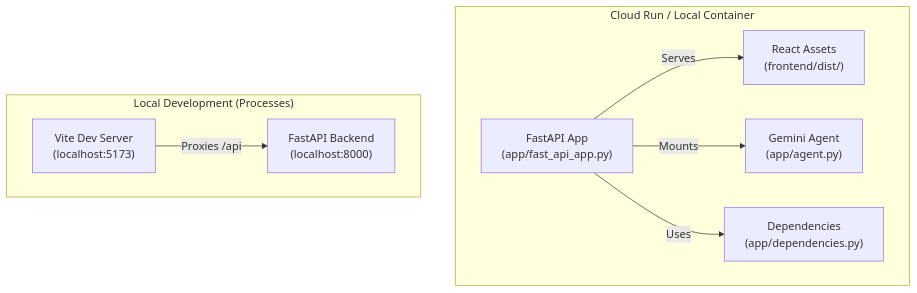
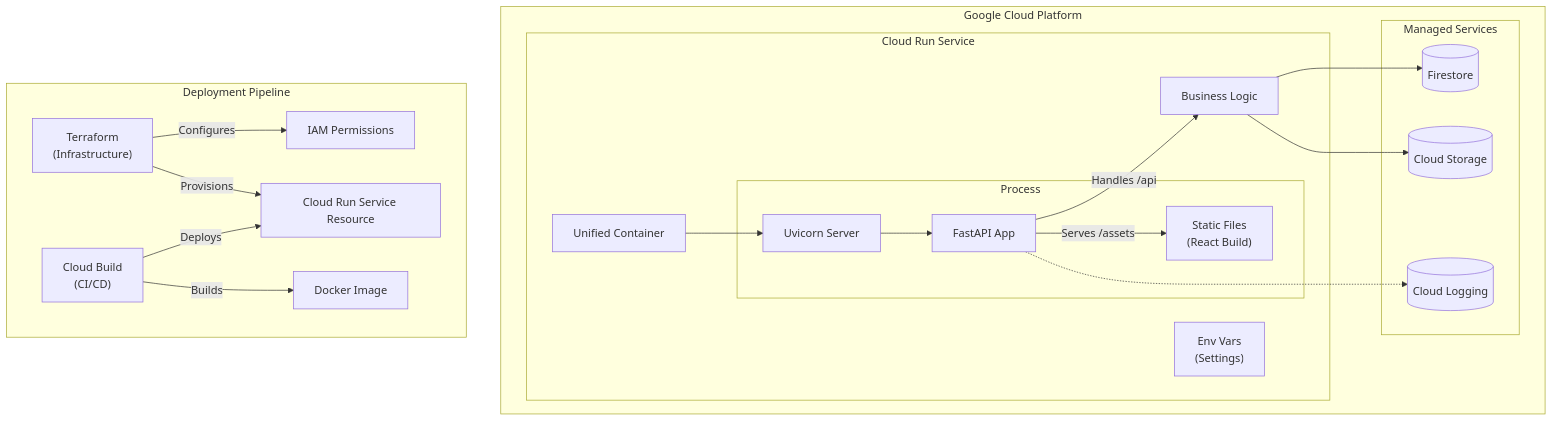
The second of 2 diagrams in docs/design-and-walkthrough.md (derailed-dash/dazbo-portfolio), drawn with Mermaid before and after one commit. The commit also changed other lines of this file and 1 other file, not shown here.

````diff
--- a/docs/design-and-walkthrough.md
+++ b/docs/design-and-walkthrough.md
@@ -228,20 +273,41 @@
 ```mermaid
 graph TD
-    subgraph "Cloud Run / Local Container"
-        API["FastAPI App<br/>(app/fast_api_app.py)"]
-        Frontend["React Assets<br/>(frontend/dist/)"]
-        Agent["Gemini Agent<br/>(app/agent.py)"]
-        Dep["Dependencies<br/>(app/dependencies.py)"]
+    subgraph "Google Cloud Platform"
+        subgraph "Cloud Run Service"
+            Container["Unified Container"]
+            Env["Env Vars<br/>(Settings)"]
+            
+            subgraph "Process"
+                Uvicorn["Uvicorn Server"]
+                FastAPI["FastAPI App"]
+                Static["Static Files<br/>(React Build)"]
+            end
+            
+            Container --> Uvicorn
+            Uvicorn --> FastAPI
+            FastAPI -- "Serves /assets" --> Static
+            FastAPI -- "Handles /api" --> Logic["Business Logic"]
+        end
         
-        API -->|Serves| Frontend
-        API -->|Mounts| Agent
-        API -->|Uses| Dep
+        subgraph "Managed Services"
+            FS[("Firestore")]
+            GCS[("Cloud Storage")]
+            LOG[("Cloud Logging")]
+        end
+
+        Logic --> FS
+        Logic --> GCS
+        FastAPI -.-> LOG
     end
 
-    subgraph "Local Development (Processes)"
-        Vite["Vite Dev Server<br/>(localhost:5173)"]
-        FastAPI["FastAPI Backend<br/>(localhost:8000)"]
+    subgraph "Deployment Pipeline"
+        TF["Terraform<br/>(Infrastructure)"]
+        CB["Cloud Build<br/>(CI/CD)"]
         
-        Vite -->|Proxies /api| FastAPI
+        TF -- "Provisions" --> Service["Cloud Run Service Resource"]
+        TF -- "Configures" --> IAM["IAM Permissions"]
+        
+        CB -- "Builds" --> Image["Docker Image"]
+        CB -- "Deploys" --> Service
     end
 ```
````
